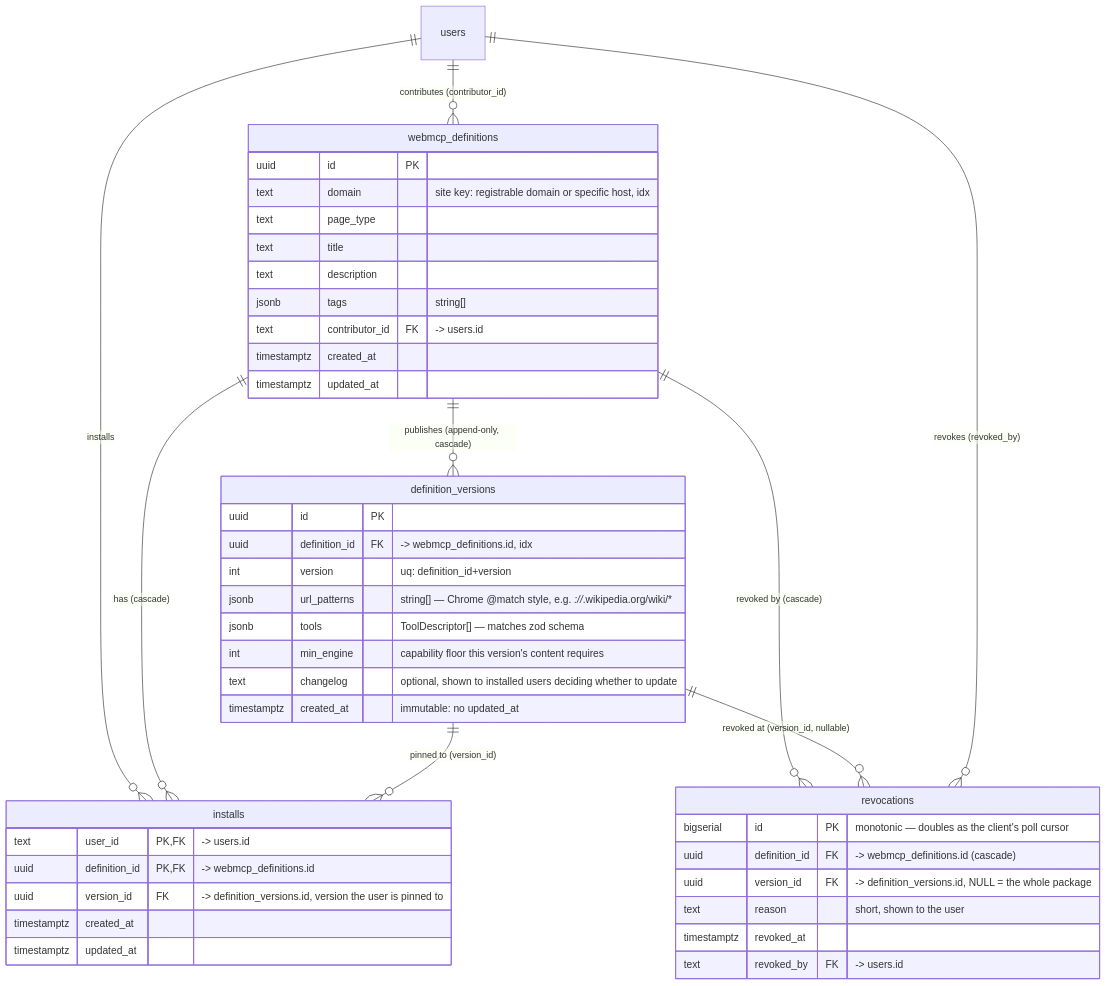
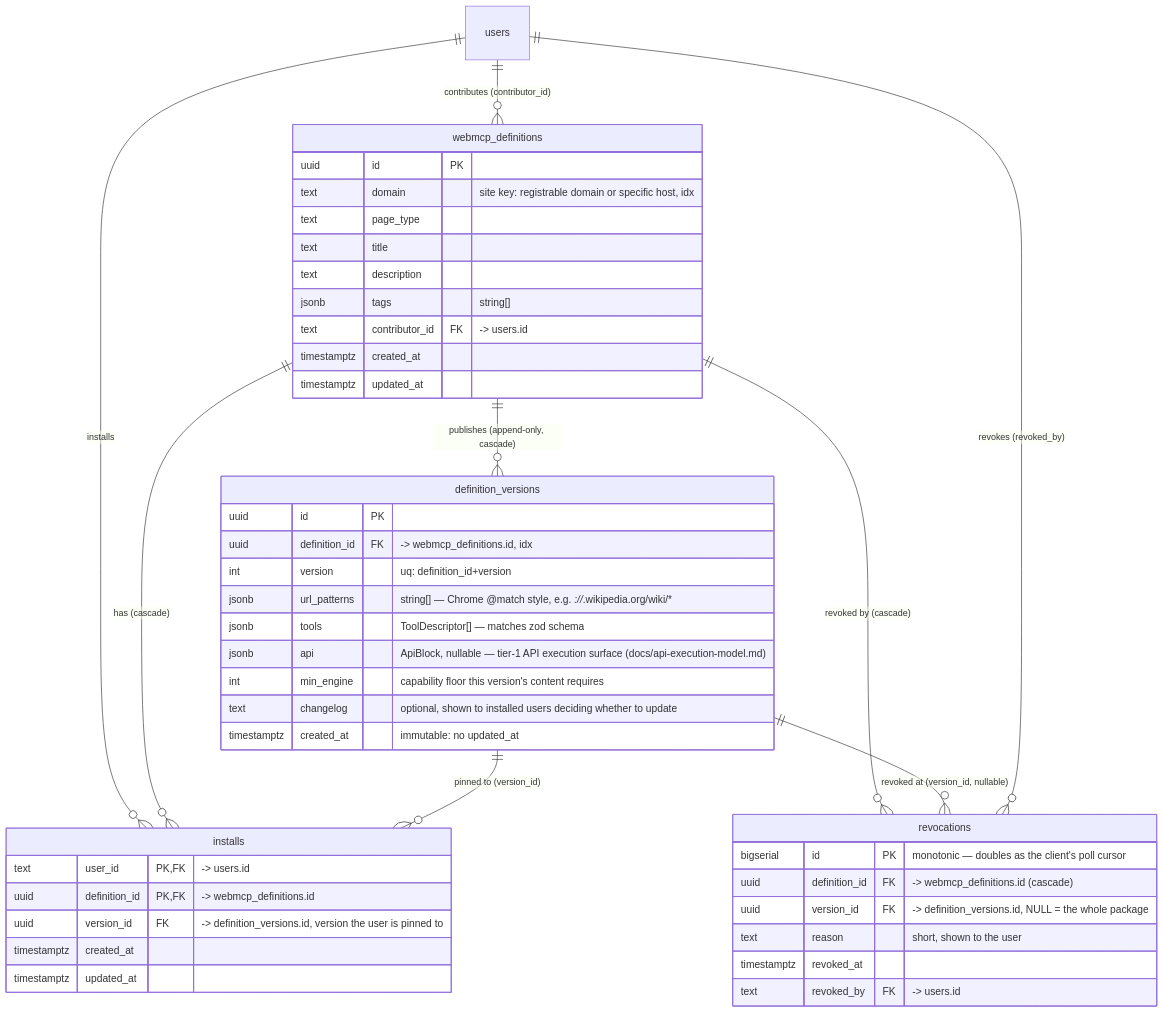
Before and after one commit to robertn702/webmcp-today: the first of 2 diagrams in docs/erd.md, drawn with Mermaid. The commit also changed 2 other files, not shown here.

Commit message:
docs: record the shipped minEngine gate and the api column
The minEngine bump-policy open question asked to confirm the extension
refuses too-new configs. It does, and has since 5b99380: the gate runs per
config before any tool is registered, so a too-new config is skipped whole
rather than half-registered. Verified against the existing engine-gate tests.

The DECISIONS.md entry stating the gate did not exist was superseded hours
later the same day, which is why no later entry contradicted it. Annotated
rather than rewritten, since the log is append-only.

erd.md was also missing definition_versions.api despite naming the drizzle
schema as its source of truth.

````diff
--- a/docs/erd.md
+++ b/docs/erd.md
@@ -11,51 +11,52 @@
 ```mermaid
 erDiagram
     users ||--o{ webmcp_definitions : "contributes (contributor_id)"
     users ||--o{ installs : installs
     webmcp_definitions ||--o{ definition_versions : "publishes (append-only, cascade)"
     webmcp_definitions ||--o{ installs : "has (cascade)"
     definition_versions ||--o{ installs : "pinned to (version_id)"
     webmcp_definitions ||--o{ revocations : "revoked by (cascade)"
     definition_versions ||--o{ revocations : "revoked at (version_id, nullable)"
     users ||--o{ revocations : "revokes (revoked_by)"
 
     webmcp_definitions {
         uuid id PK
         text domain "site key: registrable domain or specific host, idx"
         text page_type
         text title
         text description
         jsonb tags "string[]"
         text contributor_id FK "-> users.id"
         timestamptz created_at
         timestamptz updated_at
     }
 
     definition_versions {
         uuid id PK
         uuid definition_id FK "-> webmcp_definitions.id, idx"
         int version "uq: definition_id+version"
         jsonb url_patterns "string[] — Chrome @match style, e.g. *://*.wikipedia.org/wiki/*"
         jsonb tools "ToolDescriptor[] — matches zod schema"
+        jsonb api "ApiBlock, nullable — tier-1 API execution surface (docs/api-execution-model.md)"
         int min_engine "capability floor this version's content requires"
         text changelog "optional, shown to installed users deciding whether to update"
         timestamptz created_at "immutable: no updated_at"
     }
 
     installs {
         text user_id PK,FK "-> users.id"
         uuid definition_id PK,FK "-> webmcp_definitions.id"
         uuid version_id FK "-> definition_versions.id, version the user is pinned to"
         timestamptz created_at
         timestamptz updated_at
     }
 
     revocations {
         bigserial id PK "monotonic — doubles as the client's poll cursor"
         uuid definition_id FK "-> webmcp_definitions.id (cascade)"
         uuid version_id FK "-> definition_versions.id, NULL = the whole package"
         text reason "short, shown to the user"
         timestamptz revoked_at
         text revoked_by FK "-> users.id"
     }
 ```
````
